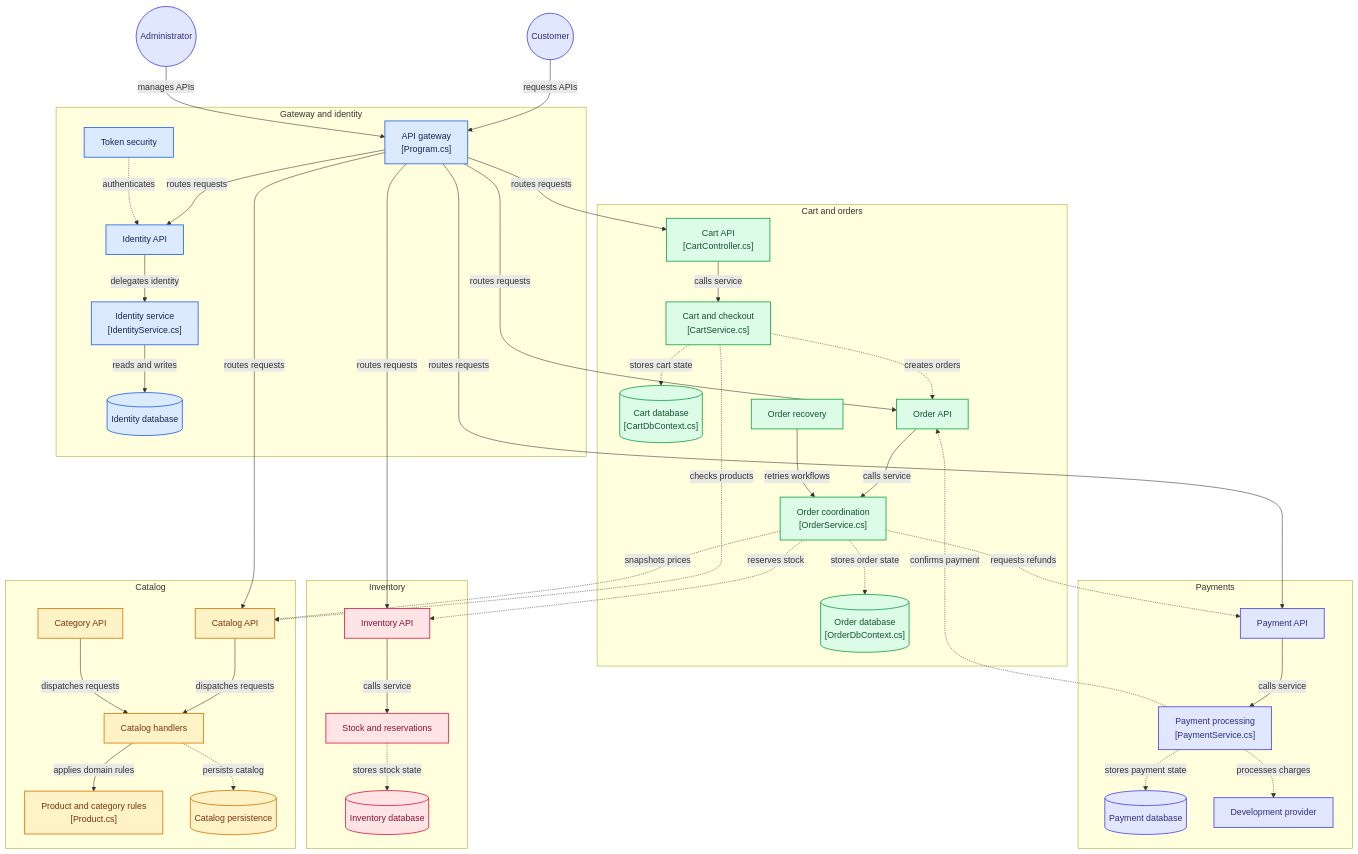
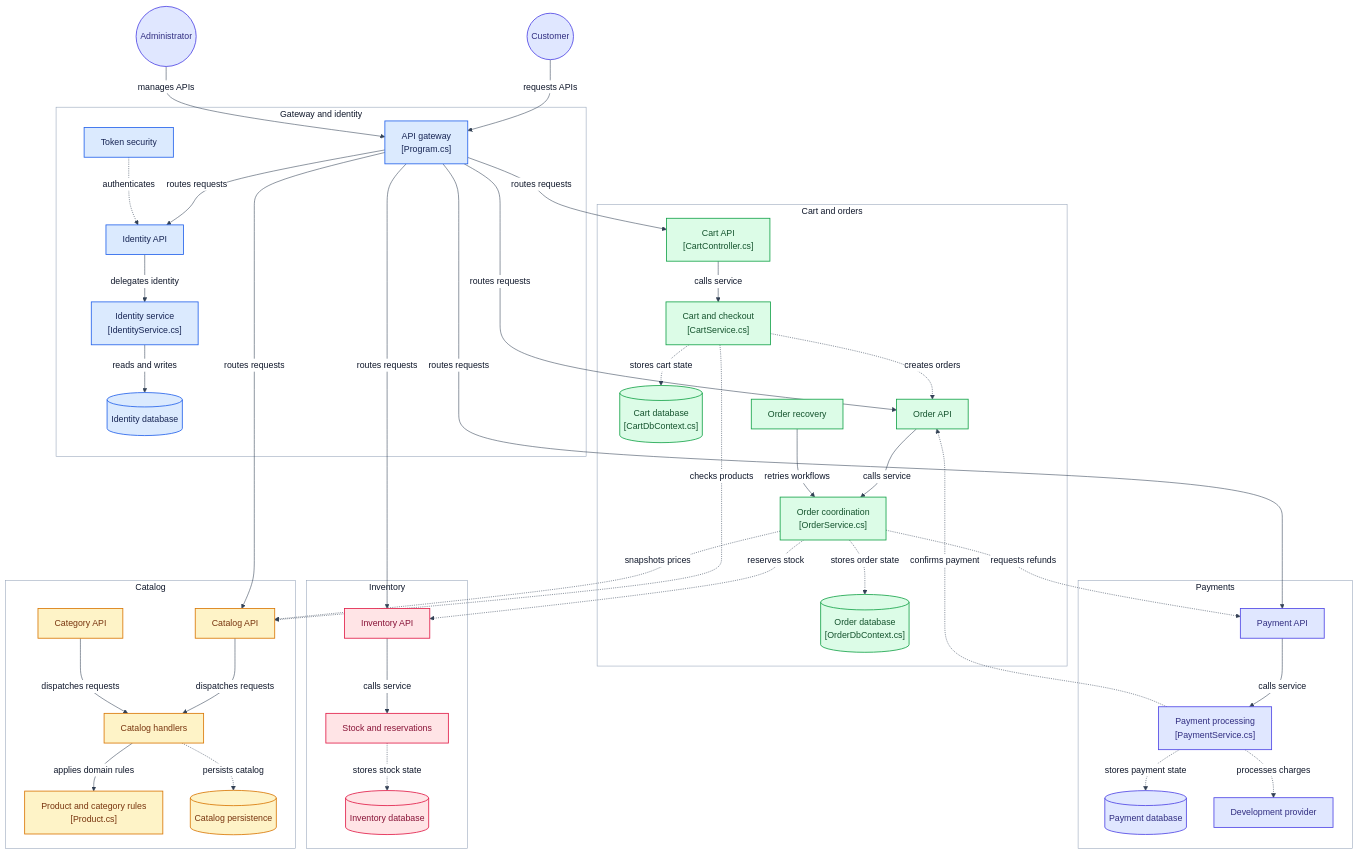
One commit to aliyavarguluzada/ECommerce changed the diagram in README.md. Above: the diagram before and after it, drawn with Mermaid.

Commit message:
Set Mermaid diagram to light theme
Add a Mermaid config block to the README diagram to force a light theme with explicit colors for text, backgrounds, borders, and edges, improving GitDiagram visualization consistency.

````diff
--- a/README.md
+++ b/README.md
@@ -8,4 +8,19 @@
 ```mermaid
+---
+config:
+  theme: base
+  themeVariables:
+    darkMode: false
+    background: '#ffffff'
+    primaryTextColor: '#0f172a'
+    secondaryTextColor: '#0f172a'
+    tertiaryTextColor: '#0f172a'
+    lineColor: '#334155'
+    textColor: '#0f172a'
+    clusterBkg: '#ffffff'
+    clusterBorder: '#94a3b8'
+    edgeLabelBackground: '#ffffff'
+---
 %% Generated by https://gitdiagram.com/aliyavarguluzada/ecommerce
 flowchart TD
 
````
